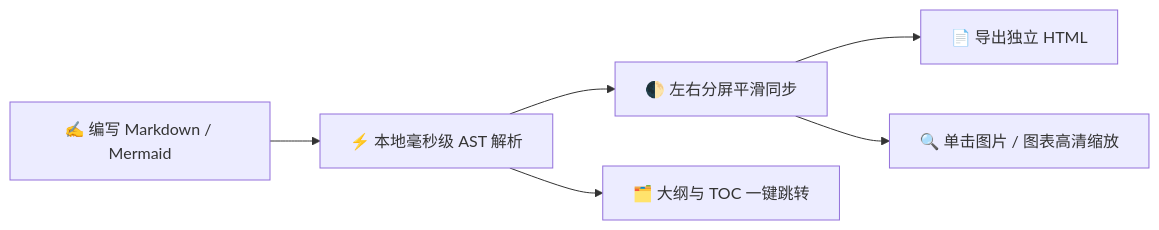
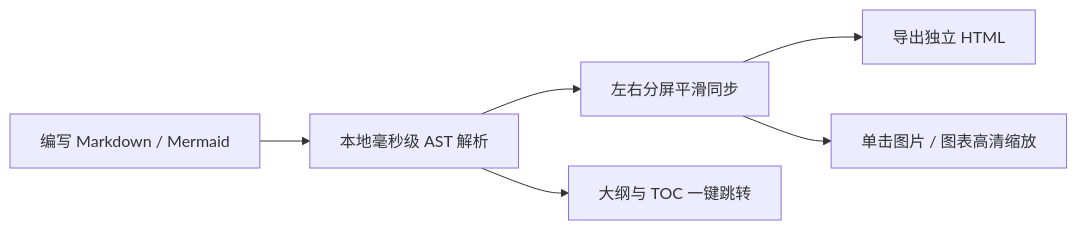
One commit to 2716190547/zmark changed the diagram in crates/zmark_app/assets/welcome/zh-CN.md. Above: the diagram before and after it, drawn with Mermaid. The commit also changed other lines of this file and 9 other files, not shown here.

````diff
--- a/crates/zmark_app/assets/welcome/zh-CN.md
+++ b/crates/zmark_app/assets/welcome/zh-CN.md
@@ -84,8 +84,8 @@
 ```mermaid
 flowchart LR
-    Write["✍️ 编写 Markdown / Mermaid"] --> Parse["⚡️ 本地毫秒级 AST 解析"]
-    Parse --> Split["🌓 左右分屏平滑同步"]
-    Parse --> Outline["🗂️ 大纲与 TOC 一键跳转"]
-    Split --> Export["📄 导出独立 HTML"]
-    Split --> Lightbox["🔍 单击图片 / 图表高清缩放"]
+    Write["编写 Markdown / Mermaid"] --> Parse["本地毫秒级 AST 解析"]
+    Parse --> Split["左右分屏平滑同步"]
+    Parse --> Outline["大纲与 TOC 一键跳转"]
+    Split --> Export["导出独立 HTML"]
+    Split --> Lightbox["单击图片 / 图表高清缩放"]
 ```
````
